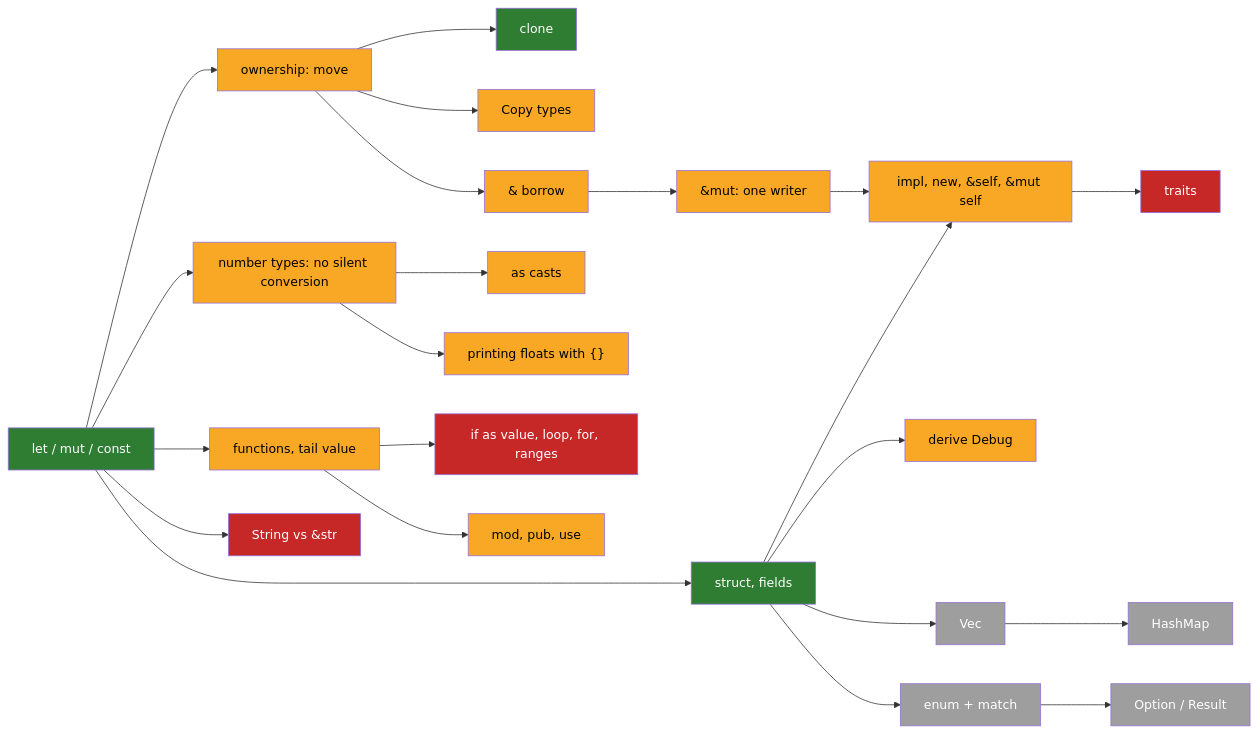
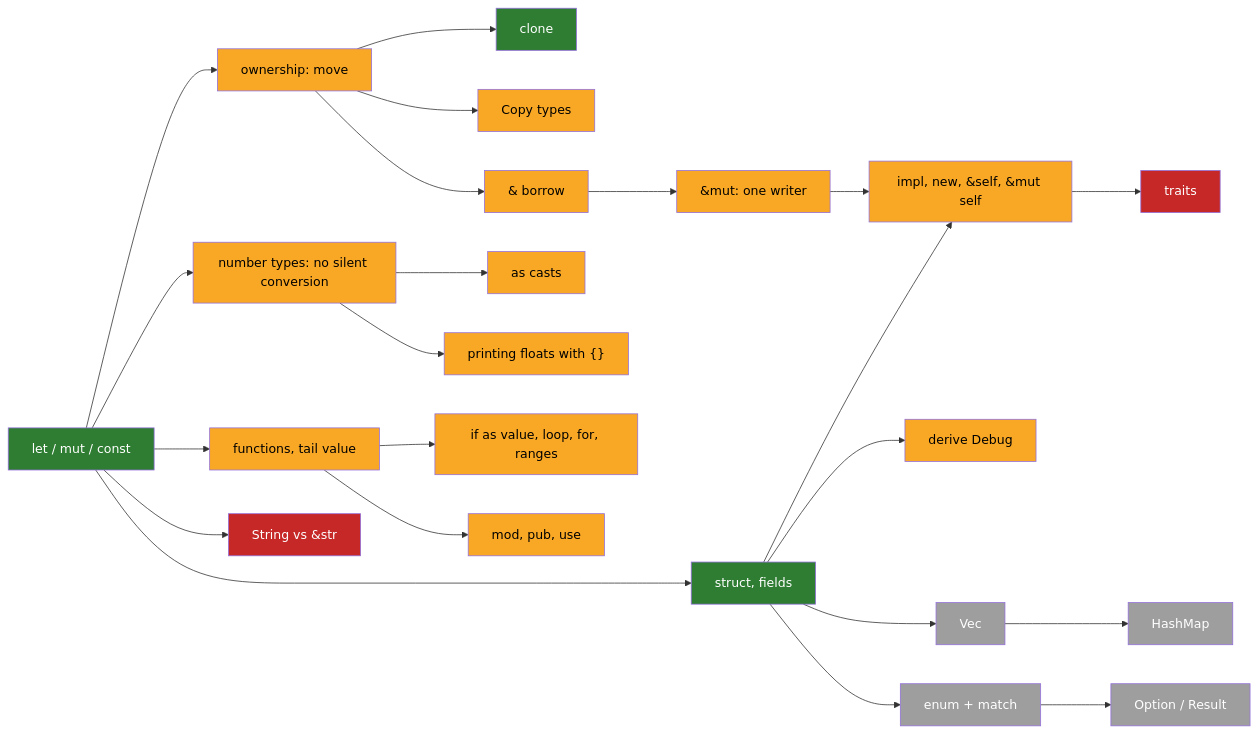
Before and after one commit to Dinesh417G/learn_rust: the diagram in notes/GRAPH.md, drawn with Mermaid. The commit also changed other lines of this file and 2 other files, not shown here.

````diff
--- a/notes/GRAPH.md
+++ b/notes/GRAPH.md
@@ -7,28 +7,28 @@
 ```mermaid
 graph LR
   var["let / mut / const"]:::s3 --> own["ownership: move"]:::s2
   var --> num["number types: no silent conversion"]:::s2
   num --> cast["as casts"]:::s2
   num --> fmt["printing floats with {}"]:::s2
   var --> fnn["functions, tail value"]:::s2
-  fnn --> flow["if as value, loop, for, ranges"]:::s1
+  fnn --> flow["if as value, loop, for, ranges"]:::s2
   var --> strs["String vs &str"]:::s1
   own --> clone["clone"]:::s3
   own --> copy["Copy types"]:::s2
   own --> bor["& borrow"]:::s2
   bor --> bmut["&mut: one writer"]:::s2
   var --> st["struct, fields"]:::s3
   st --> impl["impl, new, &self, &mut self"]:::s2
   bmut --> impl
   st --> dbg["derive Debug"]:::s2
   impl --> tr["traits"]:::s1
   st --> vec["Vec"]:::s0
   vec --> map["HashMap"]:::s0
   st --> en["enum + match"]:::s0
   en --> opt["Option / Result"]:::s0
   fnn --> modu["mod, pub, use"]:::s2
   classDef s3 fill:#2e7d32,color:#fff
   classDef s2 fill:#f9a825,color:#000
   classDef s1 fill:#c62828,color:#fff
   classDef s0 fill:#9e9e9e,color:#fff
 ```
````
